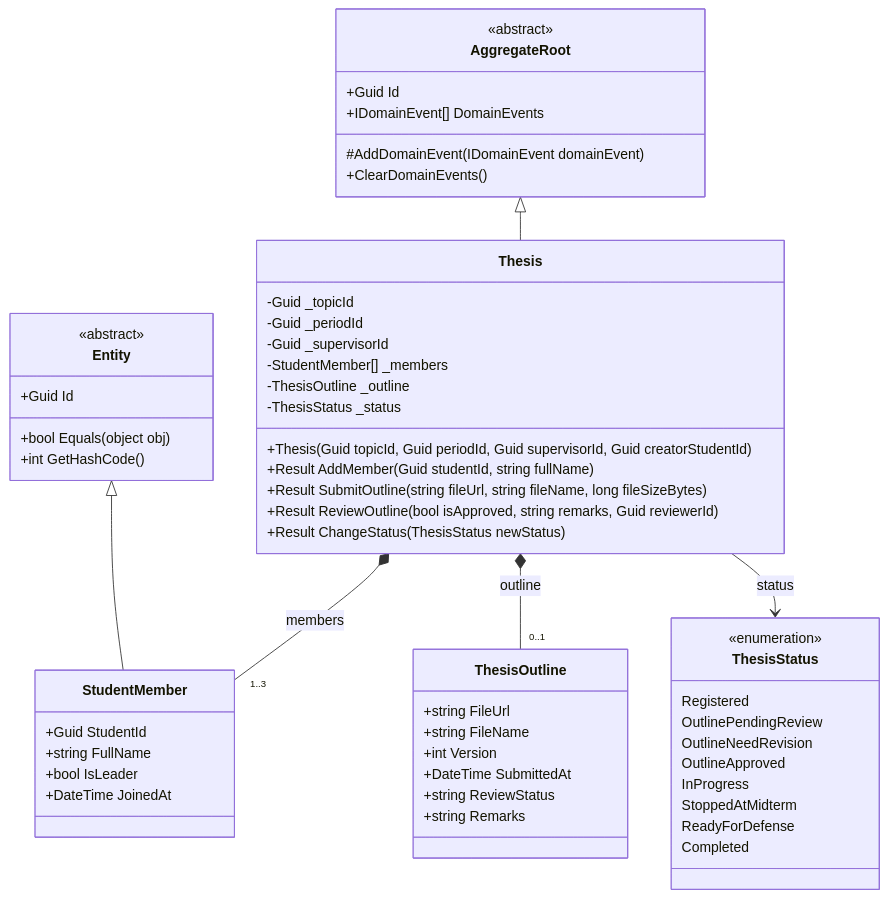
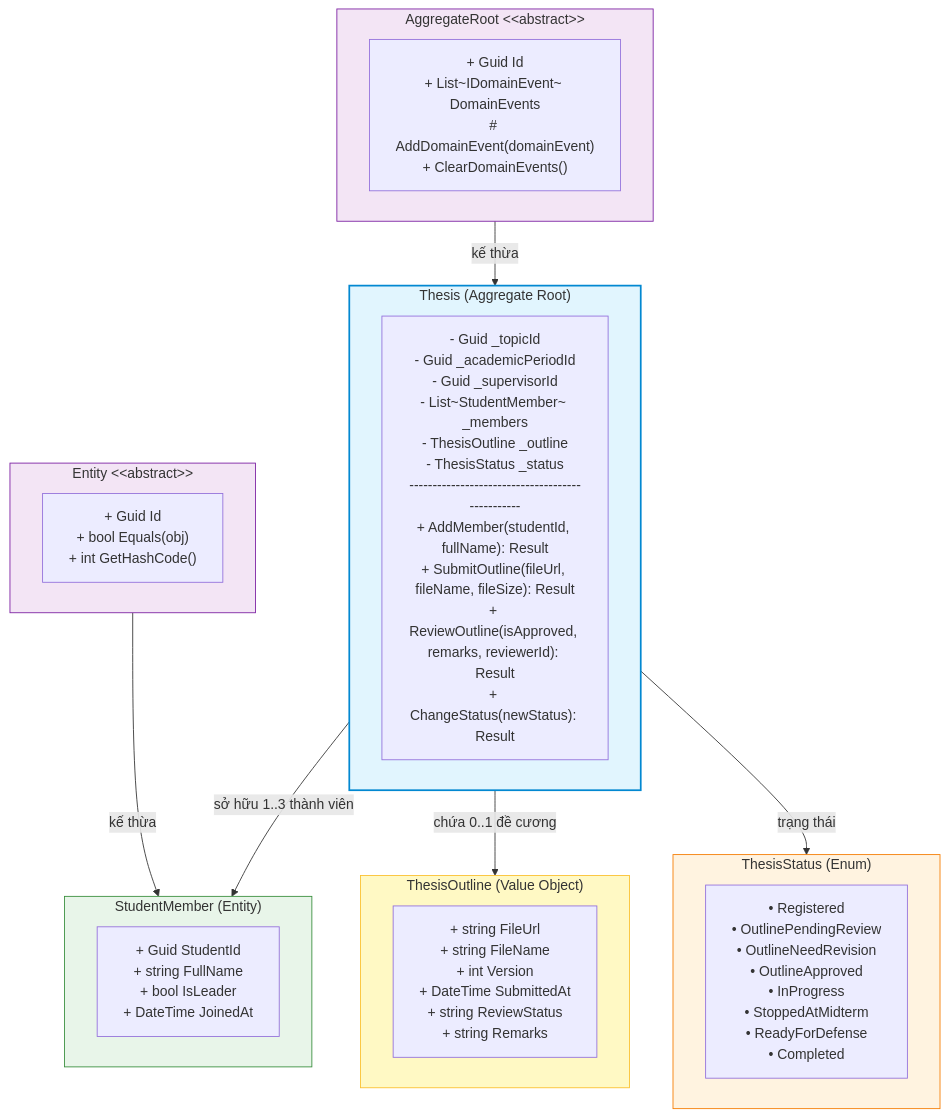
One commit to karasuma-2401/UGTM changed the sixth of 13 diagrams in docs/Architecture.md. Above: the diagram before and after it, drawn with Mermaid.

Commit message:
fix: diagram part3

````diff
--- a/docs/Architecture.md
+++ b/docs/Architecture.md
@@ -376,65 +376,39 @@
 ```mermaid
-classDiagram
-    class AggregateRoot {
-        <<abstract>>
-        +Guid Id
-        +IDomainEvent[] DomainEvents
-        #AddDomainEvent(IDomainEvent domainEvent)
-        +ClearDomainEvents()
-    }
+flowchart TB
+    subgraph AggregateRoot["AggregateRoot &lt;&lt;abstract&gt;&gt;"]
+        AR_Content["+ Guid Id<br/>+ List~IDomainEvent~ DomainEvents<br/># AddDomainEvent(domainEvent)<br/>+ ClearDomainEvents()"]
+    end
 
-    class Entity {
-        <<abstract>>
-        +Guid Id
-        +bool Equals(object obj)
-        +int GetHashCode()
-    }
+    subgraph Entity["Entity &lt;&lt;abstract&gt;&gt;"]
+        E_Content["+ Guid Id<br/>+ bool Equals(obj)<br/>+ int GetHashCode()"]
+    end
 
-    class Thesis {
-        -Guid _topicId
-        -Guid _periodId
-        -Guid _supervisorId
-        -StudentMember[] _members
-        -ThesisOutline _outline
-        -ThesisStatus _status
-        +Thesis(Guid topicId, Guid periodId, Guid supervisorId, Guid creatorStudentId)
-        +Result AddMember(Guid studentId, string fullName)
-        +Result SubmitOutline(string fileUrl, string fileName, long fileSizeBytes)
-        +Result ReviewOutline(bool isApproved, string remarks, Guid reviewerId)
-        +Result ChangeStatus(ThesisStatus newStatus)
-    }
+    subgraph Thesis["Thesis (Aggregate Root)"]
+        T_Content["- Guid _topicId<br/>- Guid _academicPeriodId<br/>- Guid _supervisorId<br/>- List~StudentMember~ _members<br/>- ThesisOutline _outline<br/>- ThesisStatus _status<br/>------------------------------------------------<br/>+ AddMember(studentId, fullName): Result<br/>+ SubmitOutline(fileUrl, fileName, fileSize): Result<br/>+ ReviewOutline(isApproved, remarks, reviewerId): Result<br/>+ ChangeStatus(newStatus): Result"]
+    end
 
-    class StudentMember {
-        +Guid StudentId
-        +string FullName
-        +bool IsLeader
-        +DateTime JoinedAt
-    }
+    subgraph StudentMember["StudentMember (Entity)"]
+        SM_Content["+ Guid StudentId<br/>+ string FullName<br/>+ bool IsLeader<br/>+ DateTime JoinedAt"]
+    end
 
-    class ThesisOutline {
-        +string FileUrl
-        +string FileName
-        +int Version
-        +DateTime SubmittedAt
-        +string ReviewStatus
-        +string Remarks
-    }
+    subgraph ThesisOutline["ThesisOutline (Value Object)"]
+        TO_Content["+ string FileUrl<br/>+ string FileName<br/>+ int Version<br/>+ DateTime SubmittedAt<br/>+ string ReviewStatus<br/>+ string Remarks"]
+    end
 
-    class ThesisStatus {
-        <<enumeration>>
-        Registered
-        OutlinePendingReview
-        OutlineNeedRevision
-        OutlineApproved
-        InProgress
-        StoppedAtMidterm
-        ReadyForDefense
-        Completed
-    }
+    subgraph ThesisStatus["ThesisStatus (Enum)"]
+        TS_Content["• Registered<br/>• OutlinePendingReview<br/>• OutlineNeedRevision<br/>• OutlineApproved<br/>• InProgress<br/>• StoppedAtMidterm<br/>• ReadyForDefense<br/>• Completed"]
+    end
 
-    AggregateRoot <|-- Thesis
-    Entity <|-- StudentMember
-    Thesis *-- "1..3" StudentMember : members
-    Thesis *-- "0..1" ThesisOutline : outline
-    Thesis --> ThesisStatus : status
+    AggregateRoot -->|kế thừa| Thesis
+    Entity -->|kế thừa| StudentMember
+    Thesis -->|sở hữu 1..3 thành viên| StudentMember
+    Thesis -->|chứa 0..1 đề cương| ThesisOutline
+    Thesis -->|trạng thái| ThesisStatus
+
+    style AggregateRoot fill:#f3e5f5,stroke:#7b1fa2,stroke-width:1px
+    style Entity fill:#f3e5f5,stroke:#7b1fa2,stroke-width:1px
+    style Thesis fill:#e1f5fe,stroke:#0288d1,stroke-width:2px
+    style StudentMember fill:#e8f5e9,stroke:#388e3c,stroke-width:1px
+    style ThesisOutline fill:#fff9c4,stroke:#fbc02d,stroke-width:1px
+    style ThesisStatus fill:#fff3e0,stroke:#f57c00,stroke-width:1px
 ```
````
